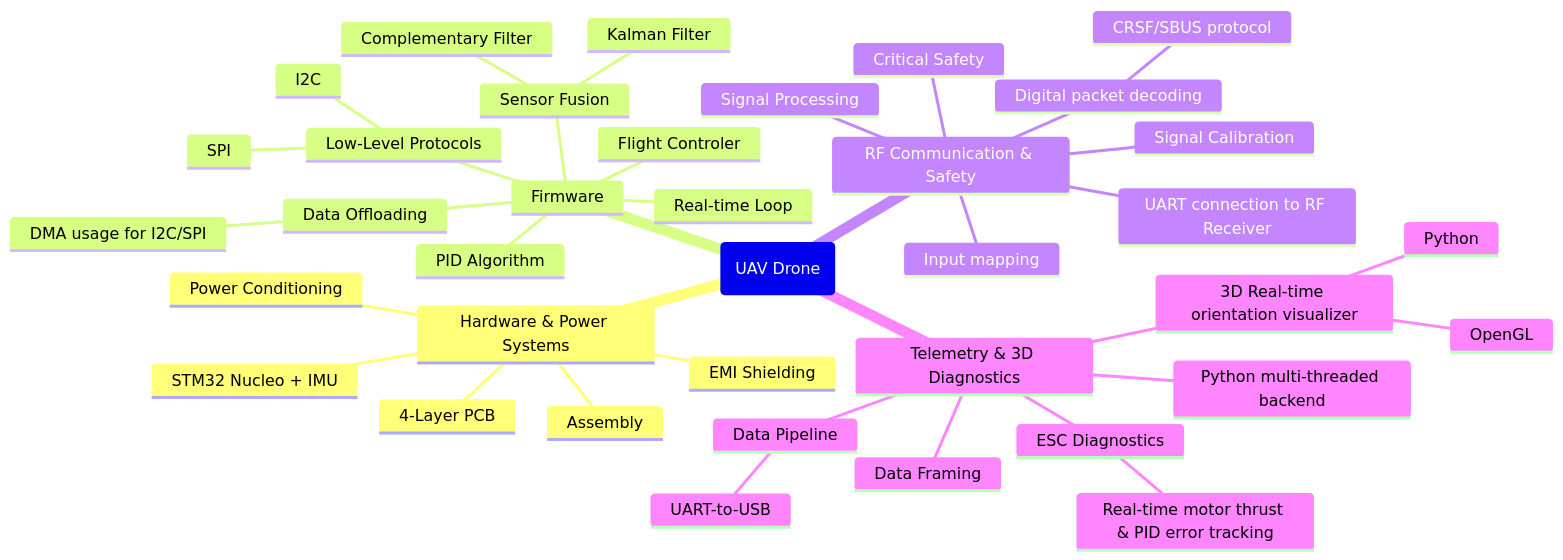
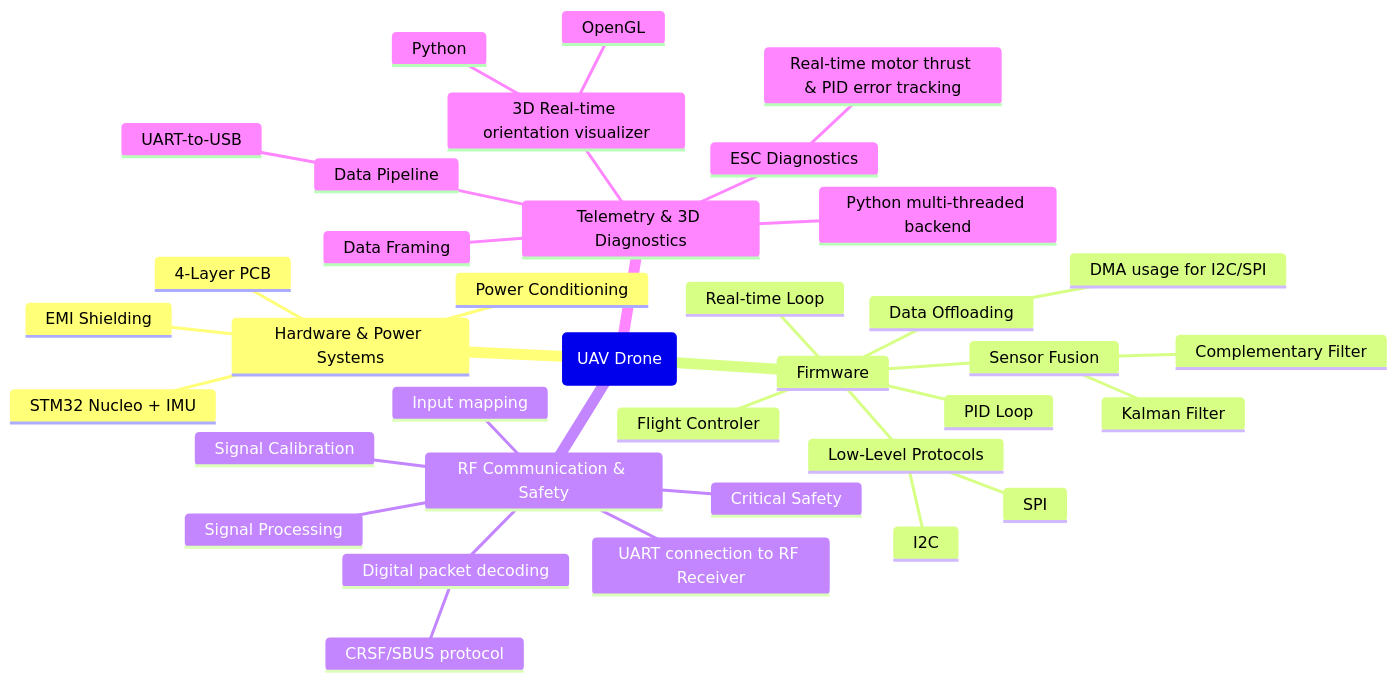
Before and after one commit to dominik-stanczyk/STM32-UAV-Quadcopter: the first of 2 diagrams in README.md, drawn with Mermaid. The commit also changed other lines of this file, not shown here.

Commit message:
docs: update mindmap and fix task checklist

````diff
--- a/README.md
+++ b/README.md
@@ -10,41 +10,40 @@
 ```mermaid
 mindmap
     root(UAV Drone)
         Hardware & Power Systems
             STM32 Nucleo + IMU
             EMI Shielding
             Power Conditioning
-            Assembly
             4-Layer PCB 
         Firmware
             Low-Level Protocols
                 I2C
                 SPI
             Sensor Fusion
                 Complementary Filter
                 Kalman Filter
             Real-time Loop
             Data Offloading
                 DMA usage for I2C/SPI
             Flight Controler
-            PID Algorithm
+            PID Loop
         RF Communication & Safety
             UART connection to RF Receiver
             Digital packet decoding
                 CRSF/SBUS protocol
             Signal Processing
             Signal Calibration
             Input mapping
             Critical Safety
         Telemetry & 3D Diagnostics
             Data Pipeline
                 UART-to-USB
             Data Framing
             Python multi-threaded backend
             3D Real-time orientation visualizer
                 Python
                 OpenGL
             ESC Diagnostics
                 Real-time motor thrust & PID error tracking
             
 ```
````
